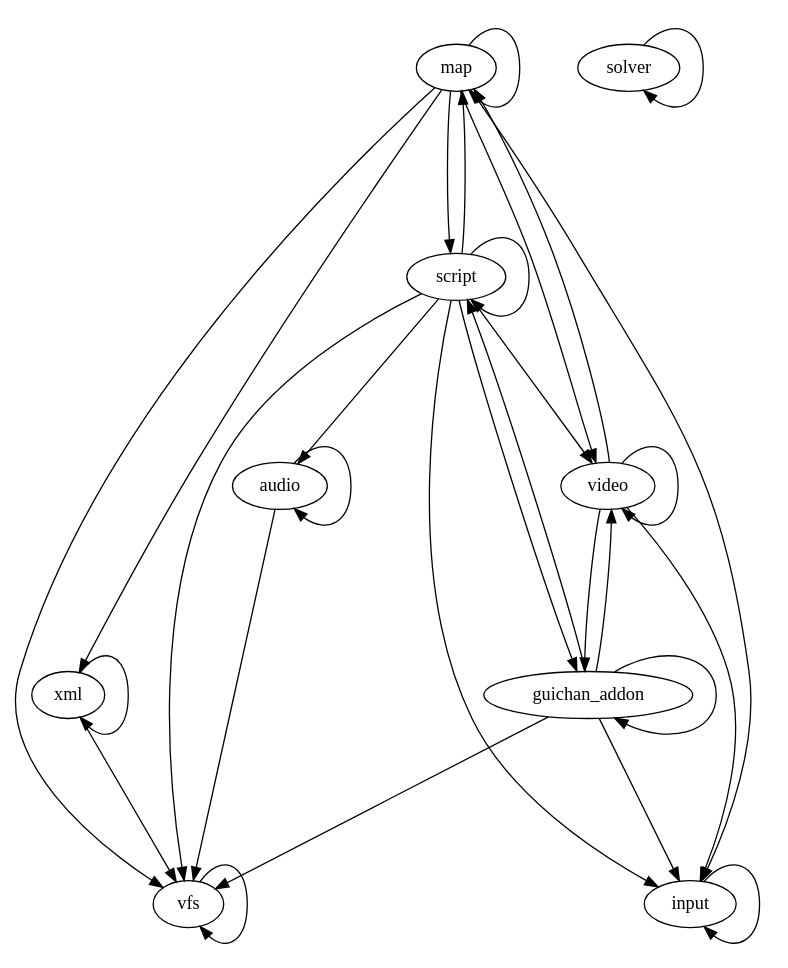
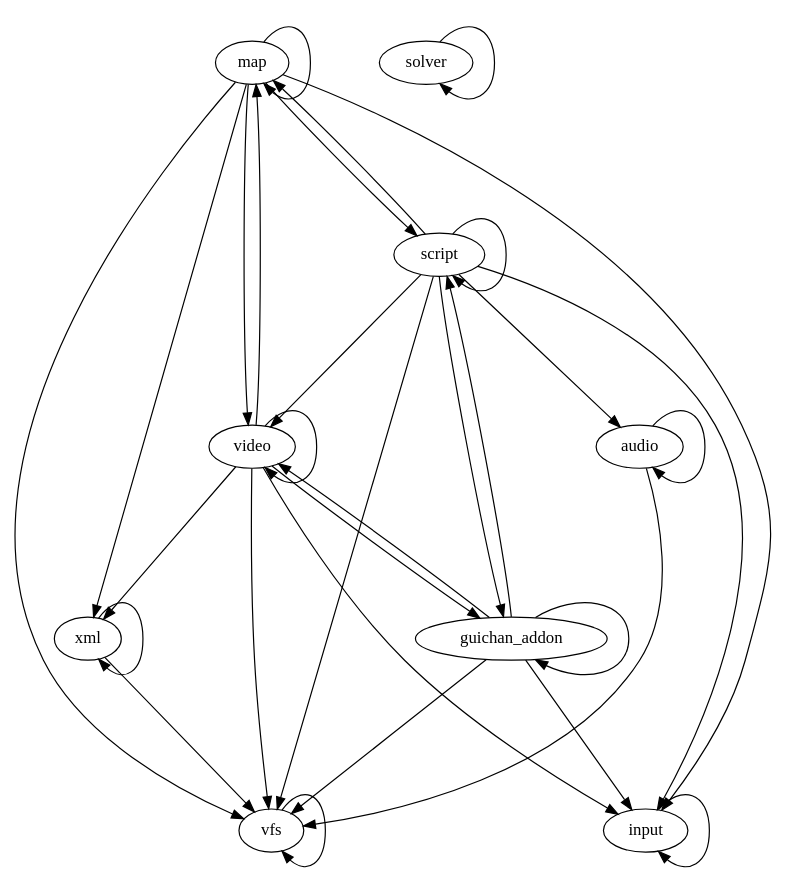
The diagram in doc/dependencies/moduledeps.dot (fifengine/fifengine), drawn with Graphviz before and after one commit. The commit also changed 28 other files, not shown here.

```diff
--- a/doc/dependencies/moduledeps.dot
+++ b/doc/dependencies/moduledeps.dot
@@ -1,37 +1,39 @@
 digraph "source tree" {
     overlap=scale;
     size="8,10";
     ratio="fill";
     fontsize="16";
     fontname="Helvetica";
     clusterrank="local";
     "xml" -> "xml"
     "xml" -> "vfs"
     "map" -> "xml"
     "map" -> "map"
     "map" -> "script"
     "map" -> "video"
     "map" -> "input"
     "map" -> "vfs"
     "script" -> "map"
     "script" -> "script"
     "script" -> "guichan_addon"
     "script" -> "video"
     "script" -> "input"
     "script" -> "audio"
     "script" -> "vfs"
     "solver" -> "solver"
-    "guichan_addon" -> "vfs"
+    "guichan_addon" -> "input"
     "guichan_addon" -> "script"
     "guichan_addon" -> "video"
-    "guichan_addon" -> "input"
+    "guichan_addon" -> "vfs"
     "guichan_addon" -> "guichan_addon"
+    "video" -> "xml"
+    "video" -> "map"
+    "video" -> "guichan_addon"
+    "video" -> "video"
     "video" -> "input"
-    "video" -> "map"
-    "video" -> "video"
-    "video" -> "guichan_addon"
+    "video" -> "vfs"
     "input" -> "input"
     "audio" -> "audio"
     "audio" -> "vfs"
     "vfs" -> "vfs"
 }
```
